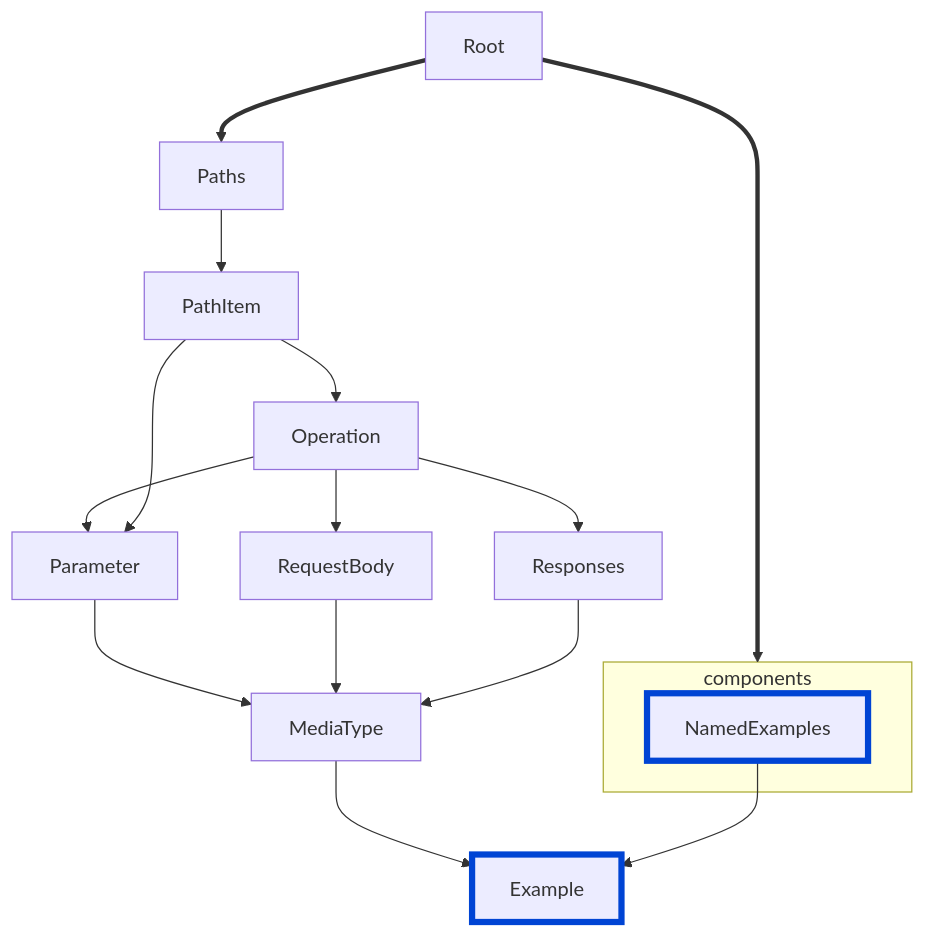
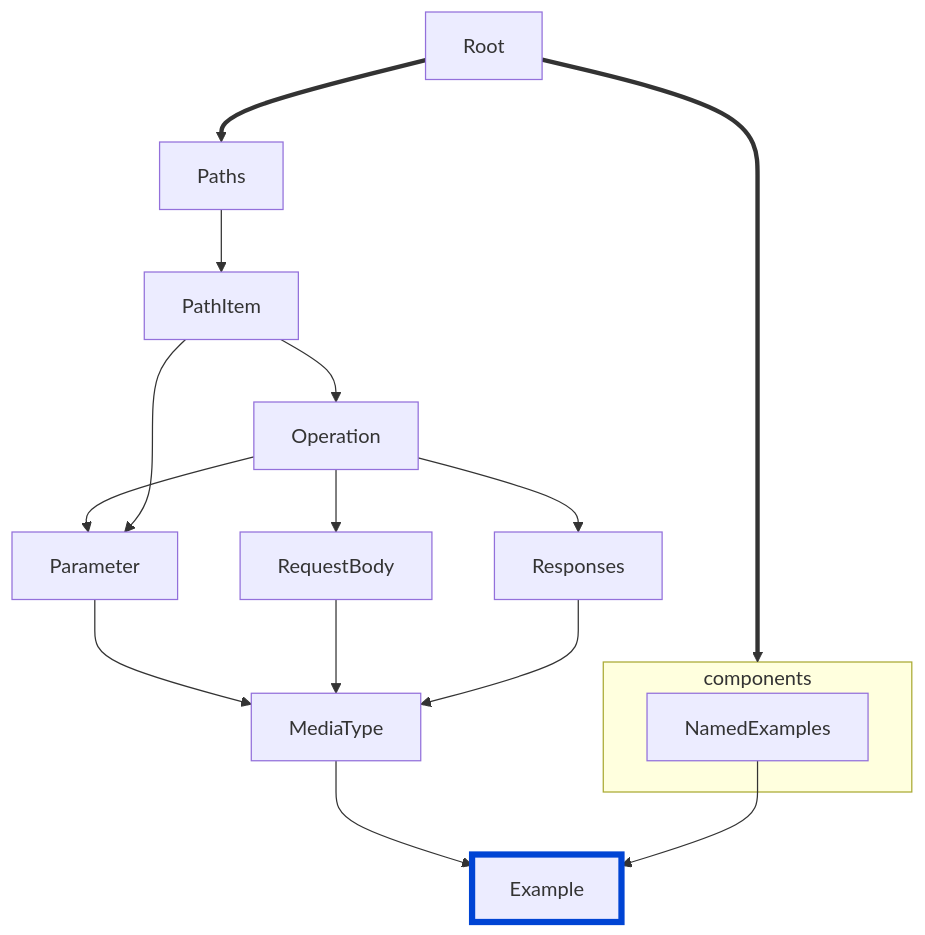
One commit to Redocly/redocly-cli changed the diagram in docs/@v1/rules/oas/no-example-value-and-externalValue.md. Above: the diagram before and after it, drawn with Mermaid. The commit also changed 2 other files, not shown here.

````diff
--- a/docs/@v1/rules/oas/no-example-value-and-externalValue.md
+++ b/docs/@v1/rules/oas/no-example-value-and-externalValue.md
@@ -15,18 +15,17 @@
 ```mermaid
 flowchart TD
 
 Root ==> Paths --> PathItem --> Operation --> Parameter --> MediaType
 PathItem --> Parameter
 Operation --> RequestBody --> MediaType --> Example
 Operation --> Responses --> MediaType
 NamedExamples --> Example
 Root ==> components
 
 subgraph components
 NamedExamples
 end
 
 style Example fill:#codaf9,stroke:#0044d4,stroke-width:5px
-style NamedExamples fill:#codaf9,stroke:#0044d4,stroke-width:5px
 
 ```
````
